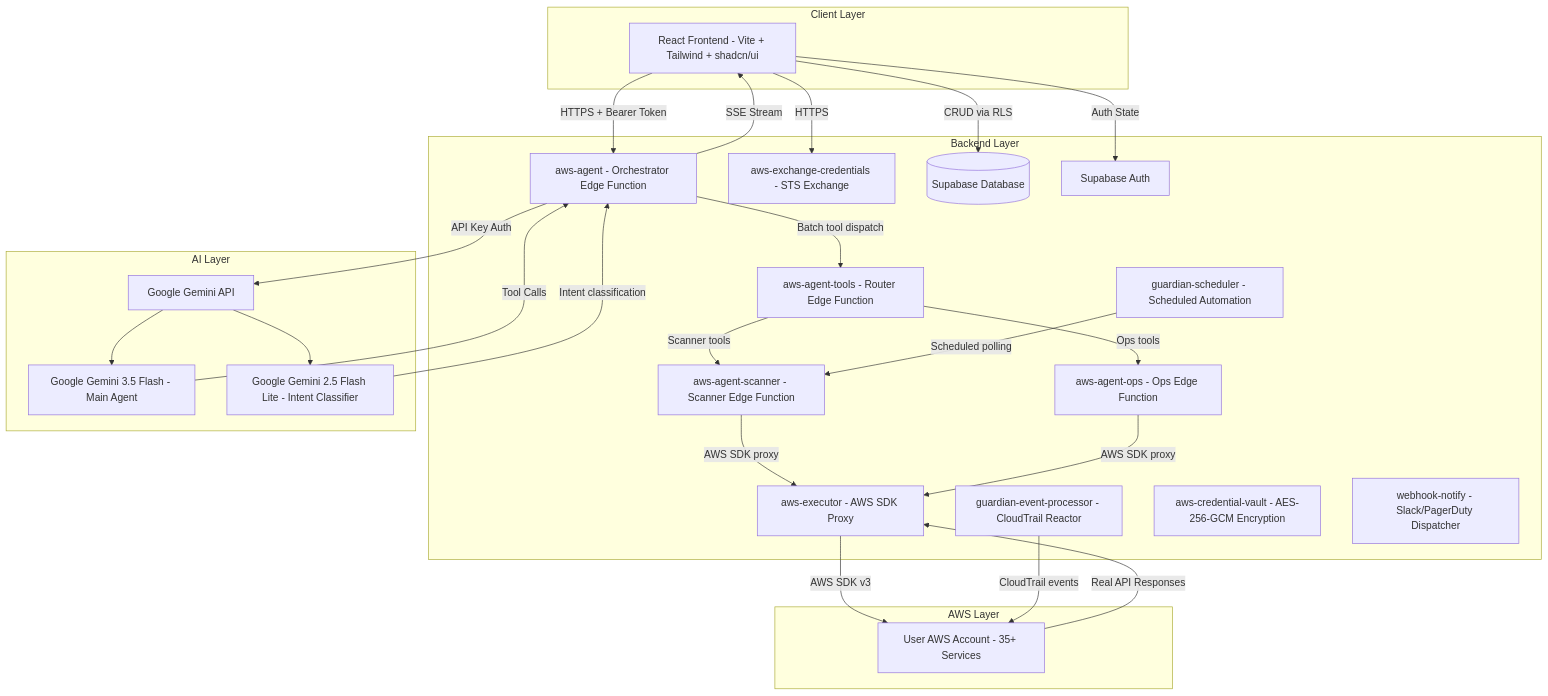
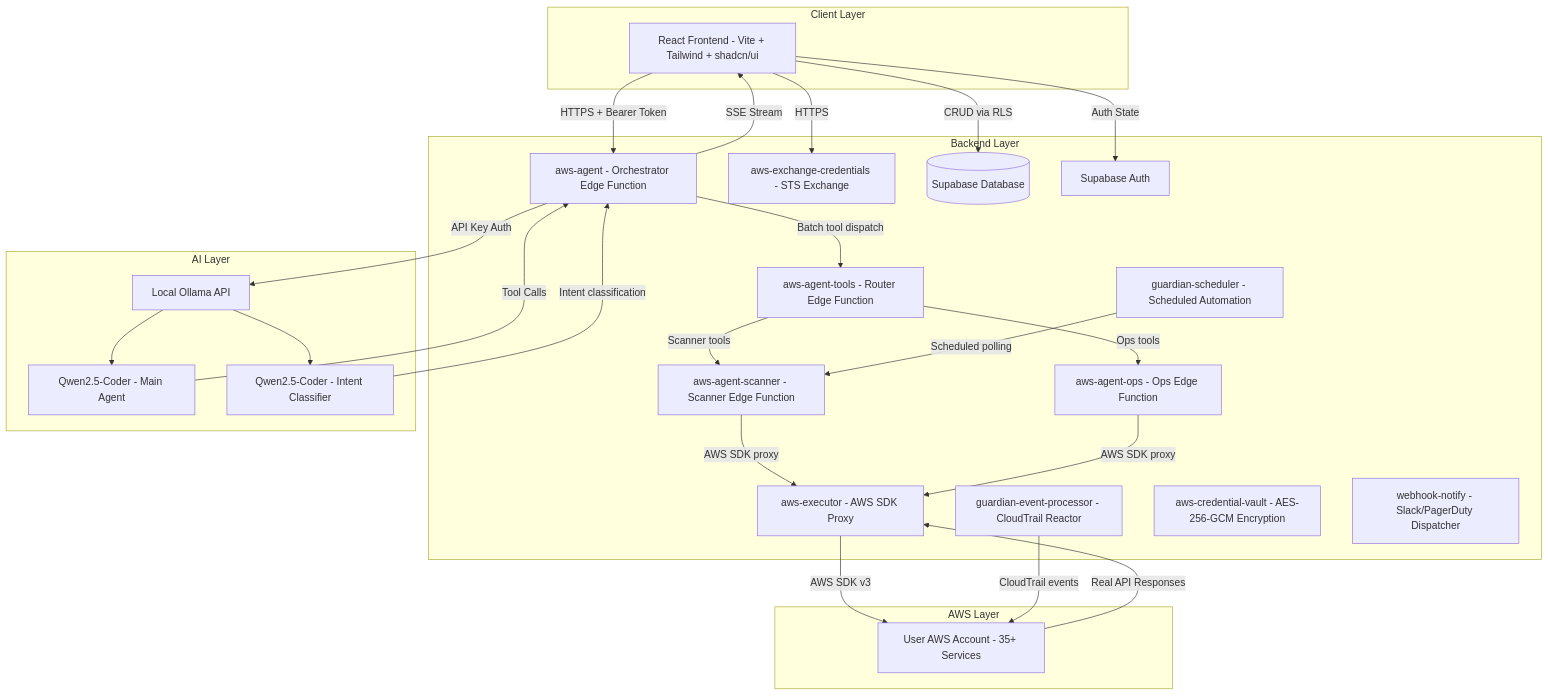
One commit to ritvikindupuri/CloudPilot-AI---AWS-Security-Agent changed the first of 43 diagrams in TECHNICAL_DOCUMENTATION.md. Above: the diagram before and after it, drawn with Mermaid. The commit also changed other lines of this file, not shown here.

Commit message:
docs: replace remaining Gemini references in TECHNICAL_DOCUMENTATION.md with Qwen2.5-Coder and local Ollama API

````diff
--- a/TECHNICAL_DOCUMENTATION.md
+++ b/TECHNICAL_DOCUMENTATION.md
@@ -84,51 +84,51 @@
 ```mermaid
 graph TB
     subgraph "Client Layer"
         A[React Frontend - Vite + Tailwind + shadcn/ui]
     end
 
     subgraph "Backend Layer"
         B[aws-agent - Orchestrator Edge Function]
         B2[aws-agent-tools - Router Edge Function]
         B3[aws-agent-scanner - Scanner Edge Function]
         B4[aws-agent-ops - Ops Edge Function]
         B5[aws-executor - AWS SDK Proxy]
         B6[aws-exchange-credentials - STS Exchange]
         B7[guardian-scheduler - Scheduled Automation]
         B8[guardian-event-processor - CloudTrail Reactor]
         B9[aws-credential-vault - AES-256-GCM Encryption]
         B10[webhook-notify - Slack/PagerDuty Dispatcher]
         C[(Supabase Database)]
         D[Supabase Auth]
     end
 
     subgraph "AI Layer"
-        E[Google Gemini API]
-        F[Google Gemini 3.5 Flash - Main Agent]
-        F2[Google Gemini 2.5 Flash Lite - Intent Classifier]
+        E[Local Ollama API]
+        F[Qwen2.5-Coder - Main Agent]
+        F2[Qwen2.5-Coder - Intent Classifier]
     end
 
     subgraph "AWS Layer"
         G[User AWS Account - 35+ Services]
     end
 
     A -- "HTTPS + Bearer Token" --> B
     A -- "HTTPS" --> B6
     A -- "Auth State" --> D
     A -- "CRUD via RLS" --> C
     B -- "API Key Auth" --> E
     E --> F2
     F2 -- "Intent classification" --> B
     E --> F
     F -- "Tool Calls" --> B
     B -- "Batch tool dispatch" --> B2
     B2 -- "Scanner tools" --> B3
     B2 -- "Ops tools" --> B4
     B3 -- "AWS SDK proxy" --> B5
     B4 -- "AWS SDK proxy" --> B5
     B5 -- "AWS SDK v3" --> G
     B7 -- "Scheduled polling" --> B3
     B8 -- "CloudTrail events" --> G
     G -- "Real API Responses" --> B5
     B -- "SSE Stream" --> A
 ```
````
